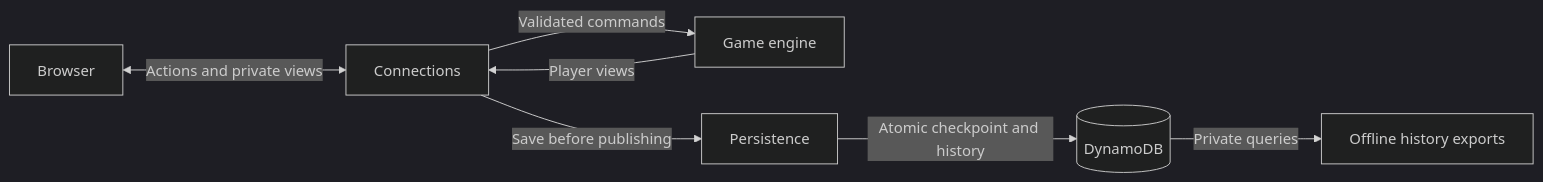
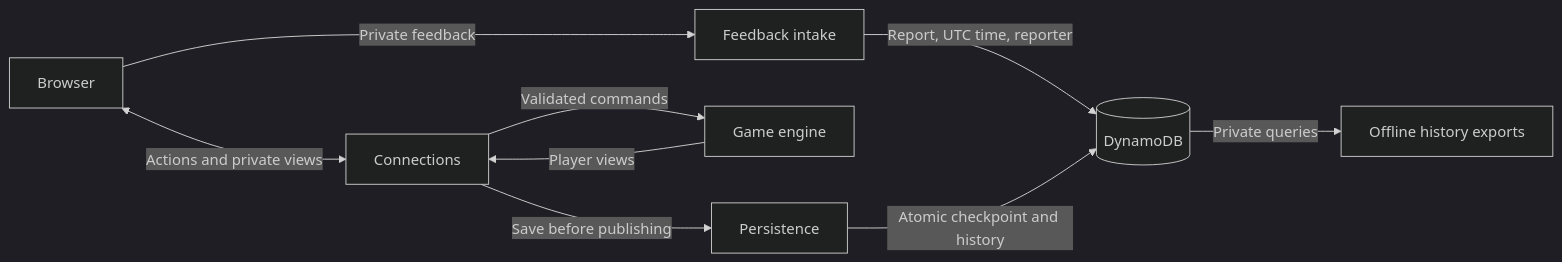
Before and after one commit to lawang24/headwins_poker: the diagram in docs/architecture.md, drawn with Mermaid (dark theme). The commit also changed other lines of this file and 27 other files, not shown here.

Commit message:
Add shared table settings and private feedback

````diff
--- a/docs/architecture.md
+++ b/docs/architecture.md
@@ -9,9 +10,11 @@
 ```mermaid
 flowchart LR
+    Browser -->|Private feedback| Feedback[Feedback intake]
+    Feedback -->|Report, UTC time, reporter| Store
     Browser[Browser] <-->|Actions and private views| Connections[Connections]
     Connections -->|Validated commands| Game[Game engine]
     Game -->|Player views| Connections
     Connections -->|Save before publishing| Persistence[Persistence]
     Persistence -->|Atomic checkpoint and history| Store[(DynamoDB)]
     Store -->|Private queries| Export[Offline history exports]
 ```
````
